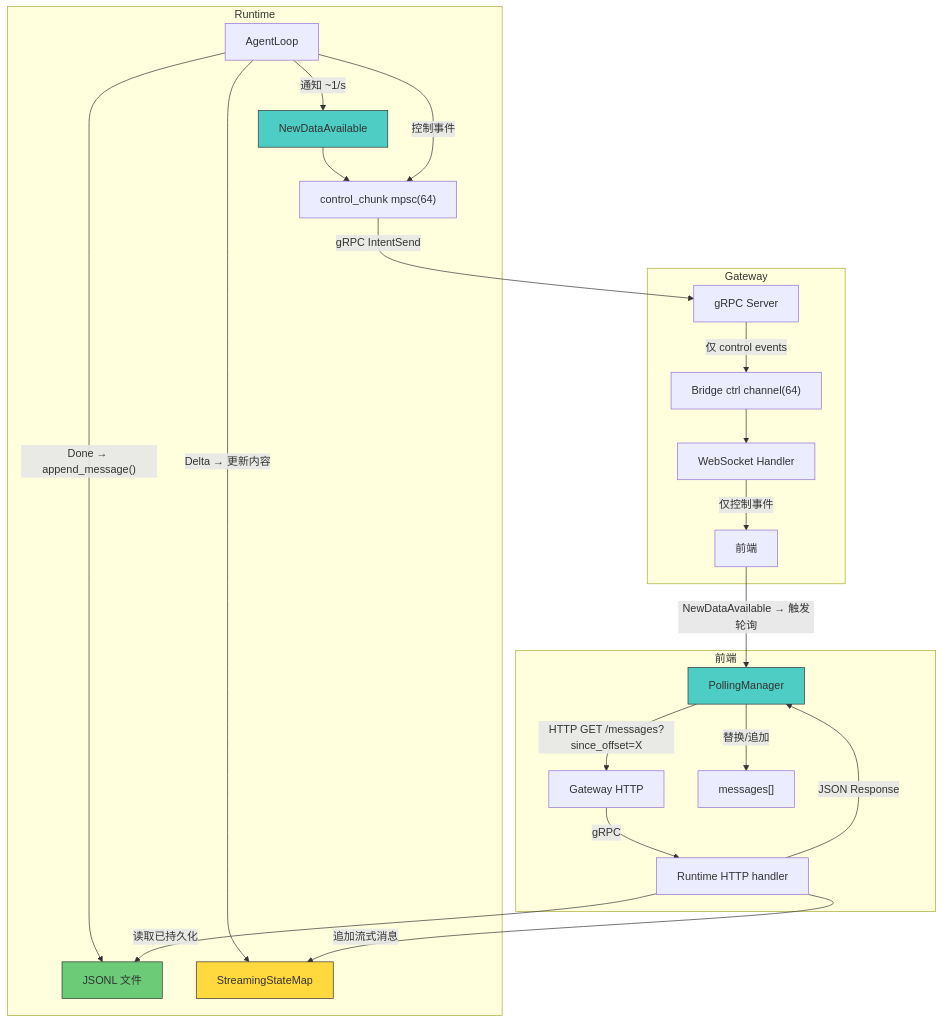
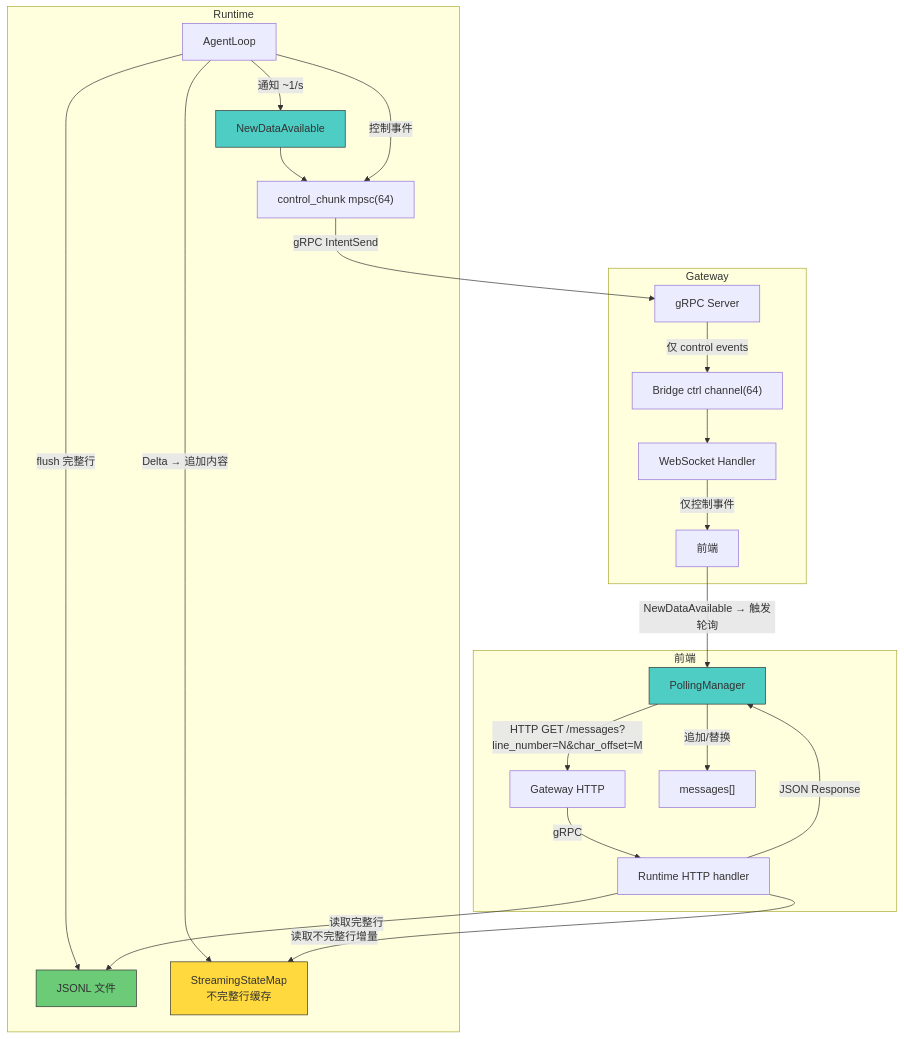
The fifth of 5 diagrams in docs/adr/zh/ADR-021-unified-session-data-loading.md (tranxon/AgentCowork), drawn with Mermaid before and after one commit. The commit also changed other lines of this file and 31 other files, not shown here.

````diff
--- a/docs/adr/zh/ADR-021-unified-session-data-loading.md
+++ b/docs/adr/zh/ADR-021-unified-session-data-loading.md
@@ -495,33 +640,33 @@
 ```mermaid
 graph TD
     subgraph "Runtime"
         AL["AgentLoop"]
-        AL -->|"Done → append_message()"| JL["JSONL 文件"]
-        AL -->|"Delta → 更新内容"| SS["StreamingStateMap"]
+        AL -->|"flush 完整行"| JL["JSONL 文件"]
+        AL -->|"Delta → 追加内容"| SS["StreamingStateMap<br/>不完整行缓存"]
         AL -->|"通知 ~1/s"| NT["NewDataAvailable"]
         NT --> CC2["control_chunk mpsc(64)"]
         AL -->|"控制事件"| CC2
     end
 
     subgraph "Gateway"
         CC2 -->|"gRPC IntentSend"| GS["gRPC Server"]
         GS -->|"仅 control events"| BC_C["Bridge ctrl channel(64)"]
         BC_C --> WS["WebSocket Handler"]
         WS -->|"仅控制事件"| FE["前端"]
     end
 
     subgraph "前端"
         FE -->|"NewDataAvailable → 触发轮询"| PM["PollingManager"]
-        PM -->|"HTTP GET /messages?since_offset=X"| GH["Gateway HTTP"]
+        PM -->|"HTTP GET /messages?line_number=N&char_offset=M"| GH["Gateway HTTP"]
         GH -->|"gRPC"| RH["Runtime HTTP handler"]
-        RH -->|"读取已持久化"| JL
-        RH -->|"追加流式消息"| SS
+        RH -->|"读取完整行"| JL
+        RH -->|"读取不完整行增量"| SS
         RH -->|"JSON Response"| PM
-        PM -->|"替换/追加"| MSG["messages[]"]
+        PM -->|"追加/替换"| MSG["messages[]"]
     end
 
     style JL fill:#6bcb77,stroke:#333
     style SS fill:#ffd93d,stroke:#333
     style NT fill:#4ecdc4,stroke:#333
     style PM fill:#4ecdc4,stroke:#333
 ```
````
